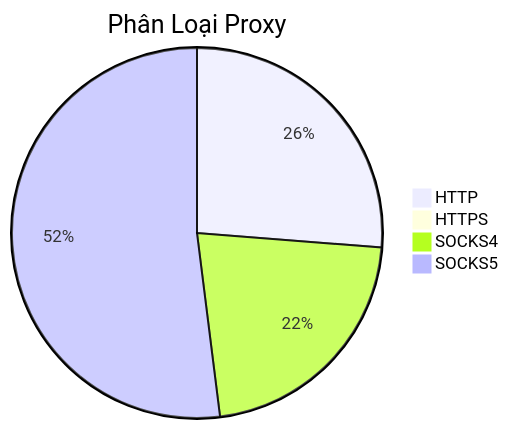
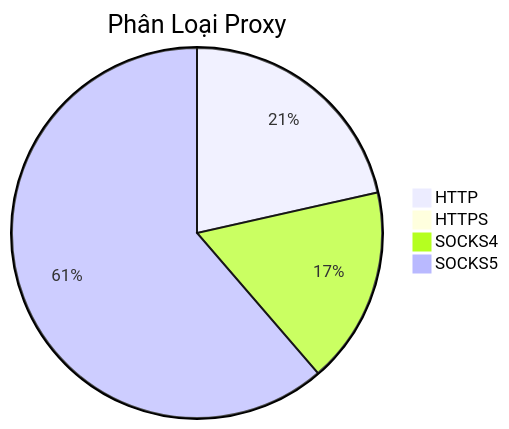
The diagram in README.md (Ciara-Aa/PROXY-free), drawn with Mermaid before and after one commit. The commit also changed other lines of this file and 4 other files, not shown here.

````diff
--- a/README.md
+++ b/README.md
@@ -26,7 +26,7 @@
 ```mermaid
 pie title Phân Loại Proxy
-    "HTTP" : 310
-    "HTTPS" : 2
-    "SOCKS4" : 257
-    "SOCKS5" : 614
+    "HTTP" : 349
+    "HTTPS" : 4
+    "SOCKS4" : 279
+    "SOCKS5" : 996
 ```
````
